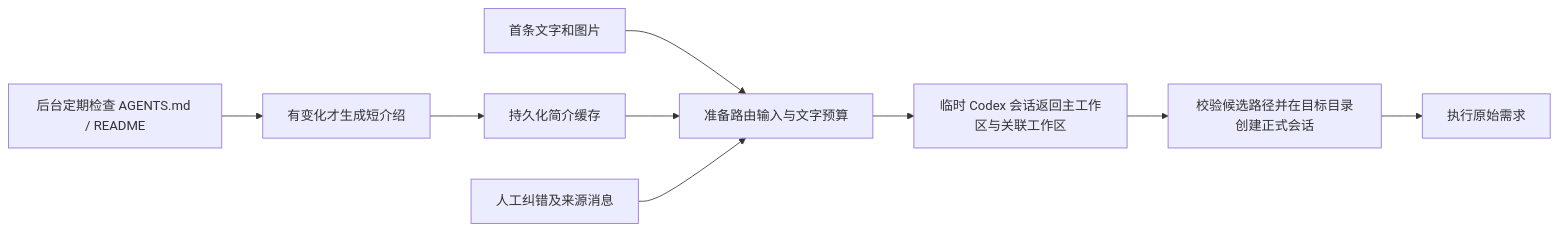
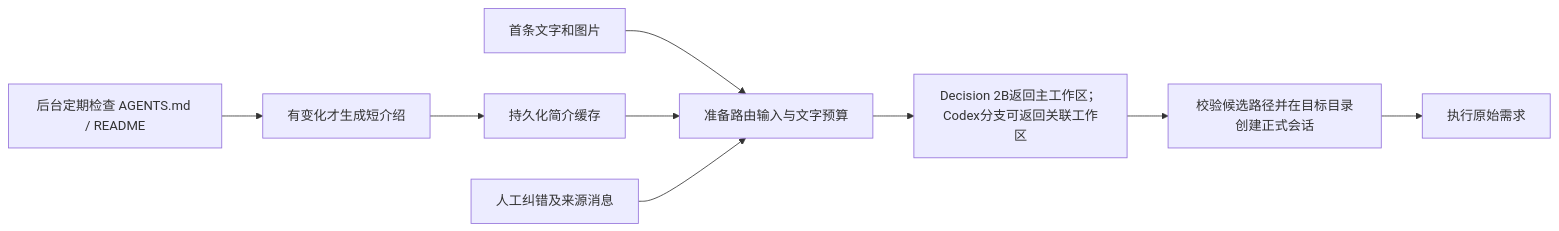
The diagram in .harness/workspace-router.md (q871795224/codex-harness), drawn with Mermaid before and after one commit. The commit also changed other lines of this file and 27 other files, not shown here.

````diff
--- a/.harness/workspace-router.md
+++ b/.harness/workspace-router.md
@@ -9,11 +9,11 @@
 ```mermaid
 flowchart LR
   A[后台定期检查 AGENTS.md / README] --> B[有变化才生成短介绍]
   B --> C[持久化简介缓存]
   D[首条文字和图片] --> E[准备路由输入与文字预算]
   C --> E
   F[人工纠错及来源消息] --> E
-  E --> G[临时 Codex 会话返回主工作区与关联工作区]
+  E --> G[Decision 2B返回主工作区；Codex分支可返回关联工作区]
   G --> H[校验候选路径并在目标目录创建正式会话]
   H --> I[执行原始需求]
 ```
````
